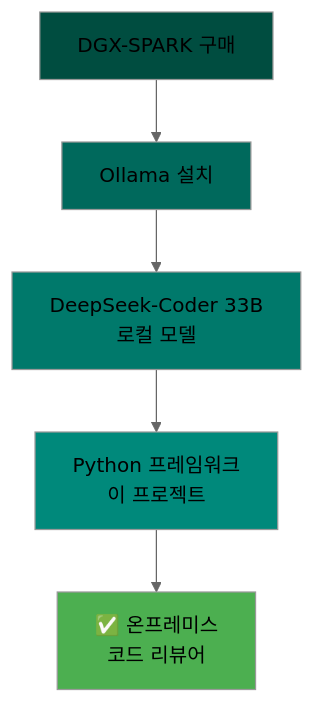
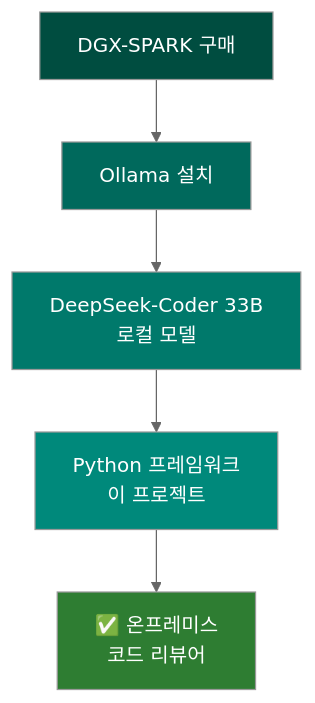
The second of 15 diagrams in docs/PROJECT_OVERVIEW.md (ApeachM/llm-code-reviewer), drawn with Mermaid (neutral theme) before and after one commit. The commit also changed other lines of this file and 2 other files, not shown here.

First line of the commit message:
docs: Update Mermaid diagram colors for improved dark theme readability

````diff
--- a/docs/PROJECT_OVERVIEW.md
+++ b/docs/PROJECT_OVERVIEW.md
@@ -64,13 +64,13 @@
 ```mermaid
 graph TB
     A[DGX-SPARK 구매] --> B[Ollama 설치]
     B --> C[DeepSeek-Coder 33B<br/>로컬 모델]
     C --> D[Python 프레임워크<br/>이 프로젝트]
     D --> E[✅ 온프레미스<br/>코드 리뷰어]
 
-    style A fill:#004d40
-    style B fill:#00695c
-    style C fill:#00796b
-    style D fill:#00897b
-    style E fill:#4caf50
+    style A fill:#004d40,color:#fff
+    style B fill:#00695c,color:#fff
+    style C fill:#00796b,color:#fff
+    style D fill:#00897b,color:#fff
+    style E fill:#2e7d32,color:#fff
 ```
````
